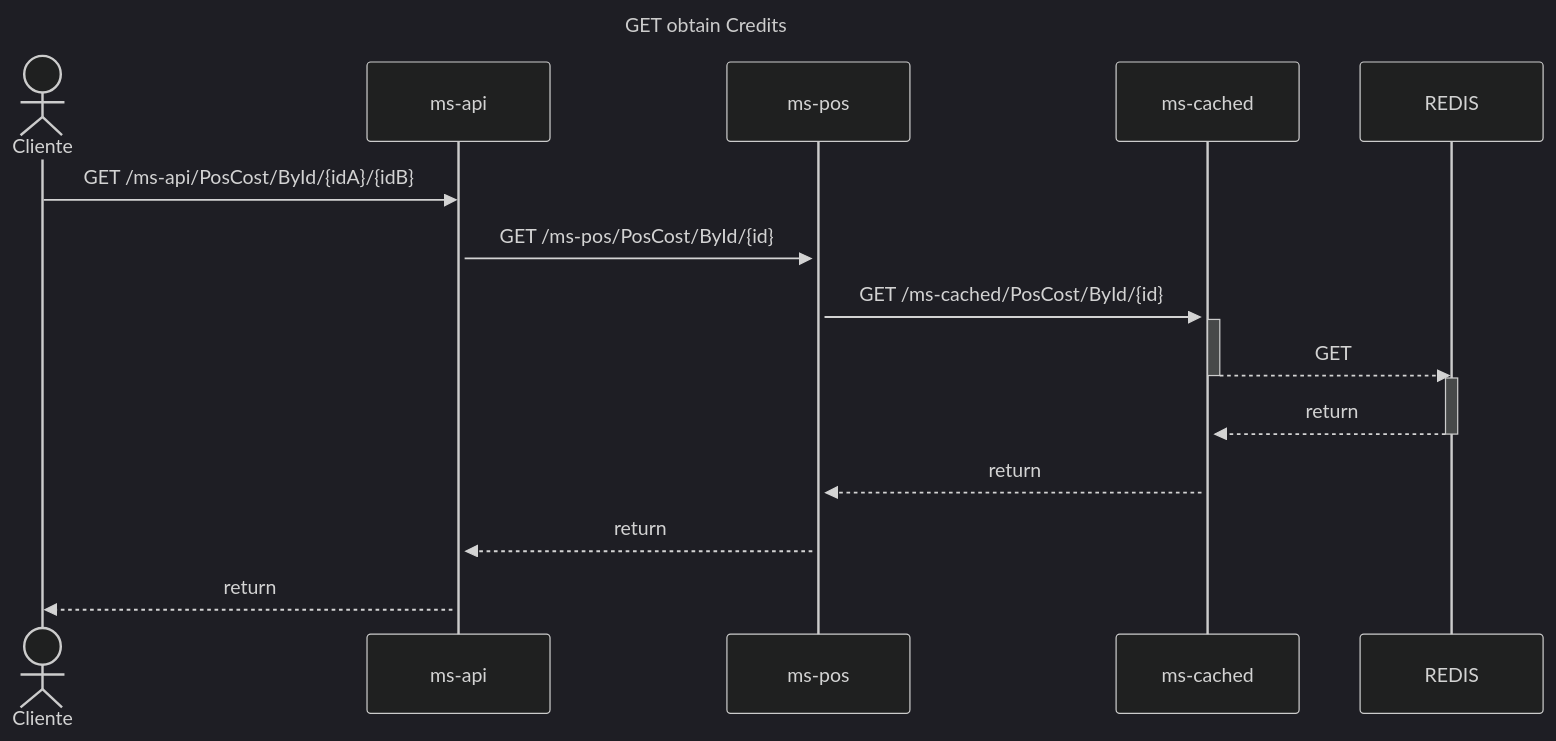
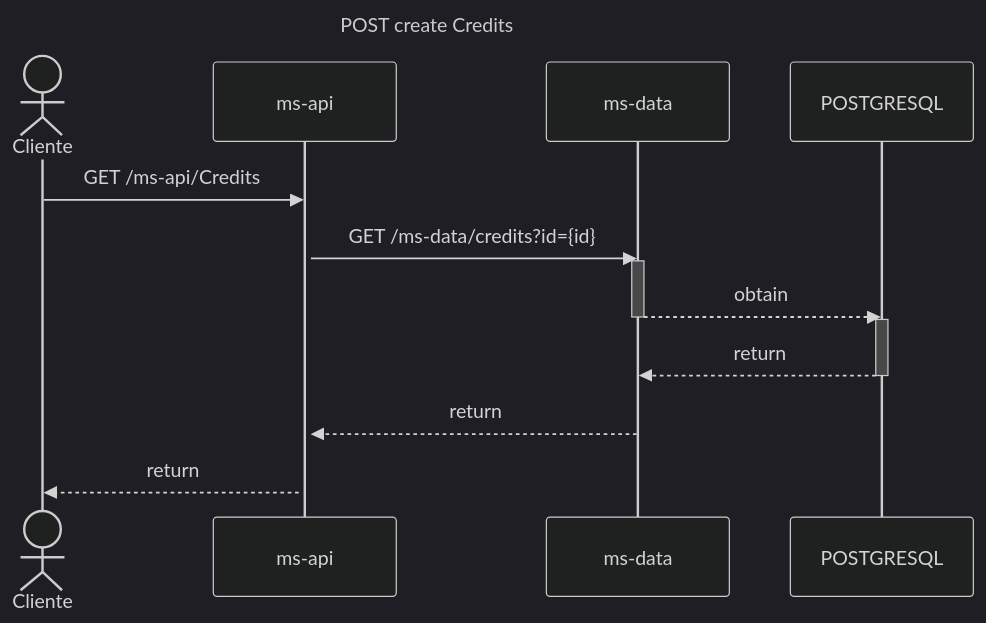
One commit to sailenicolas/JavaChallenge changed diagram 12 of 12 in README.md. Above: the diagram before and after it, drawn with Mermaid (dark theme). The commit also changed other lines of this file, not shown here.

Commit message:
Update API endpoints in README for clarity

````diff
--- a/README.md
+++ b/README.md
@@ -426,24 +421,19 @@
 ```mermaid
 sequenceDiagram
-title GET obtain Credits
+title POST create Credits
     actor Cliente
     participant api as ms-api
-    participant pos as ms-pos
-    participant cached as ms-cached
-    participant datos as REDIS
-    Cliente->>api: GET /ms-api/PosCost/ById/{idA}/{idB}
+    participant data as ms-data
+    participant datos as POSTGRESQL
+    Cliente->>api: GET /ms-api/Credits
     activate api
-    activate pos
-    api->>pos: GET /ms-pos/PosCost/ById/{id}
-    activate cached
-    pos->>cached: GET /ms-cached/PosCost/ById/{id}
-    activate cached
-    cached -->> datos: GET
-    deactivate cached
+    api->>data: GET /ms-data/credits?id={id}
+    activate data
+    data -->> datos: obtain
+    deactivate data
     activate datos
-    datos -->> cached: return
+    datos -->> data: return
     deactivate datos
-    cached -->> pos: return
-    pos -->> api: return
+    data -->> api: return
     api -->> Cliente: return
 ```
````
